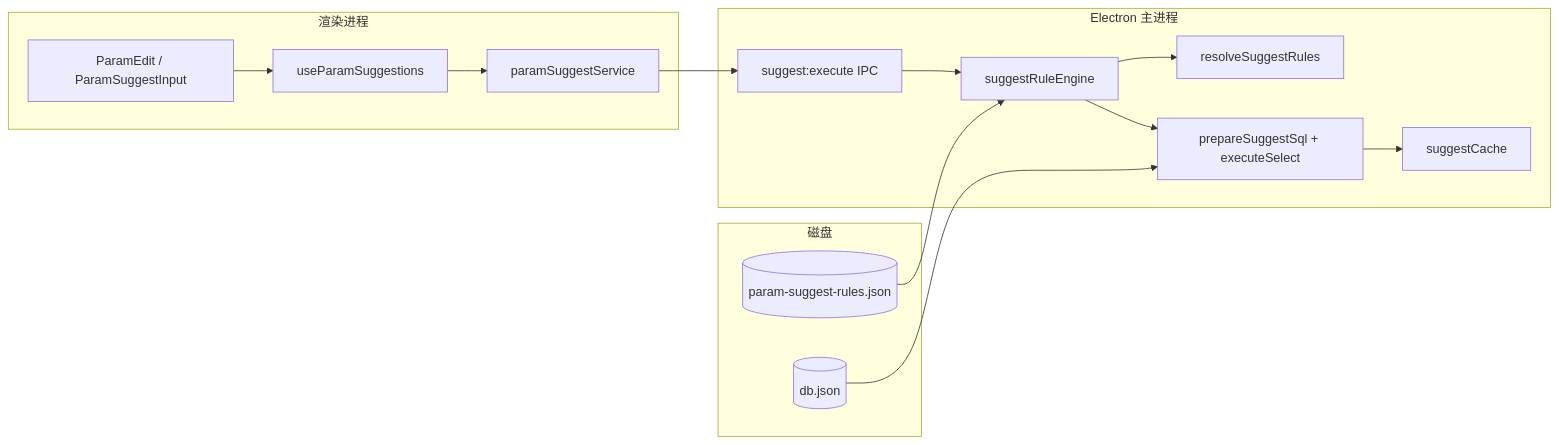
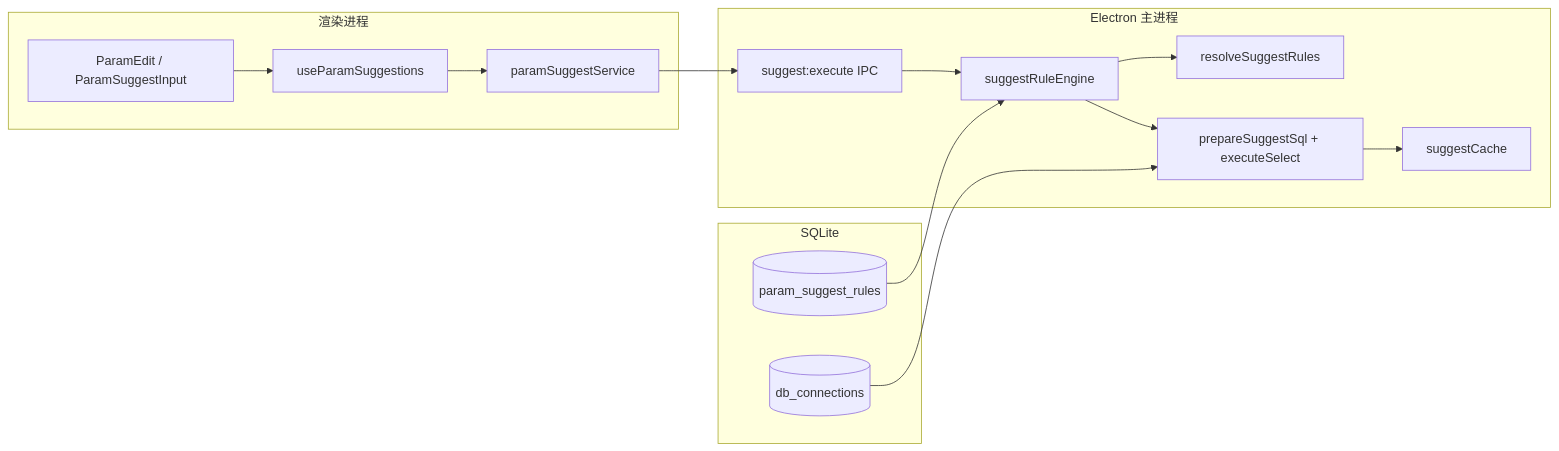
One commit to mleo027/GoldenR changed the first of 5 diagrams in docs/param-suggest-rules.md. Above: the diagram before and after it, drawn with Mermaid. The commit also changed other lines of this file and 66 other files, not shown here.

Commit message:
refactor: replace runtime json storage with sqlite

````diff
--- a/docs/param-suggest-rules.md
+++ b/docs/param-suggest-rules.md
@@ -22,28 +22,28 @@
 ```mermaid
 flowchart LR
     subgraph renderer["渲染进程"]
         PE[ParamEdit / ParamSuggestInput]
         Hook[useParamSuggestions]
         Svc[paramSuggestService]
     end
 
     subgraph main["Electron 主进程"]
         IPC[suggest:execute IPC]
         Engine[suggestRuleEngine]
         Resolve[resolveSuggestRules]
         SQL[prepareSuggestSql + executeSelect]
         Cache[suggestCache]
     end
 
-    subgraph storage["磁盘"]
-        Rules[(param-suggest-rules.json)]
-        DB[(db.json)]
+    subgraph storage["SQLite"]
+        Rules[(param_suggest_rules)]
+        DB[(db_connections)]
     end
 
     PE --> Hook --> Svc --> IPC --> Engine
     Engine --> Resolve
     Engine --> SQL
     SQL --> Cache
     Rules --> Engine
     DB --> SQL
 ```
````
